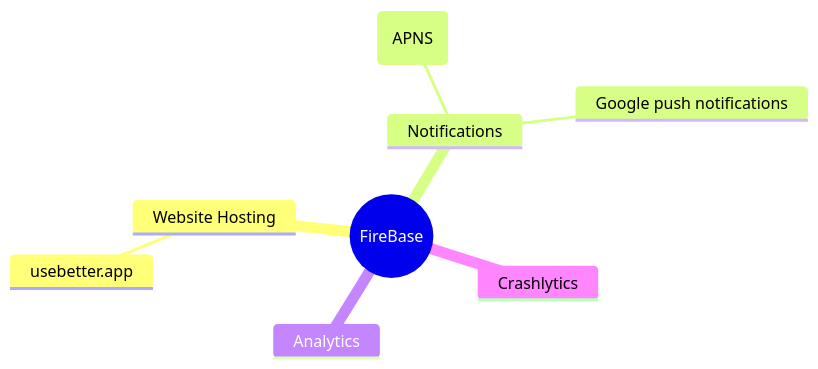
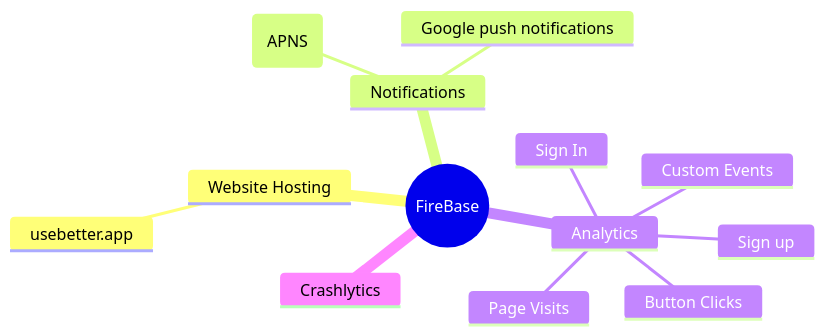
Before and after one commit to usebetter/usebetter.github.io: the fourth of 4 diagrams in architecture.md, drawn with Mermaid. The commit also changed other lines of this file, not shown here.

Commit message:
updated architecture

````diff
--- a/architecture.md
+++ b/architecture.md
@@ -68,12 +107,17 @@
 ```mermaid
 mindmap
     ((FireBase))
         Website Hosting
             usebetter.app
         Notifications
             Apple push notification service (APNS)
             Google push notifications
         Analytics
+            Page Visits
+            Button Clicks
+            Sign In
+            Sign up
+            Custom Events
         Crashlytics
 
 ```
````
